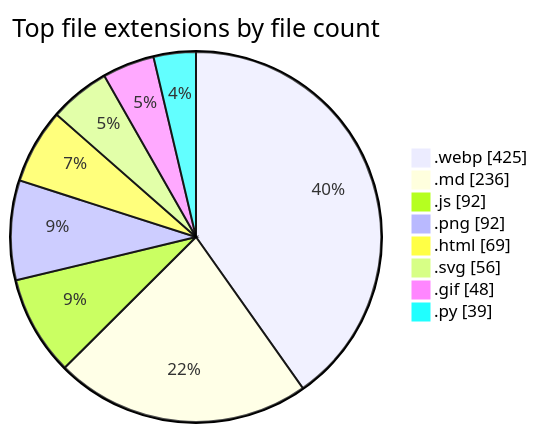
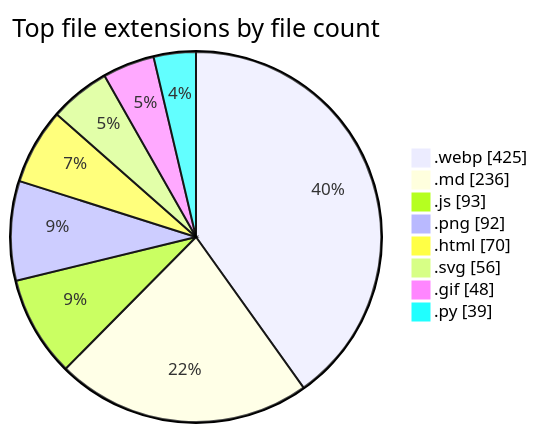
Before and after one commit to tchinso/tchinso: the second of 2 diagrams in README.md, drawn with Mermaid. The commit also changed other lines of this file, not shown here.

````diff
--- a/README.md
+++ b/README.md
@@ -53,12 +53,12 @@
 ```mermaid
 pie showData
     title Top file extensions by file count
     ".webp" : 425
     ".md" : 236
-    ".js" : 92
+    ".js" : 93
     ".png" : 92
-    ".html" : 69
+    ".html" : 70
     ".svg" : 56
     ".gif" : 48
     ".py" : 39
 ```
````
